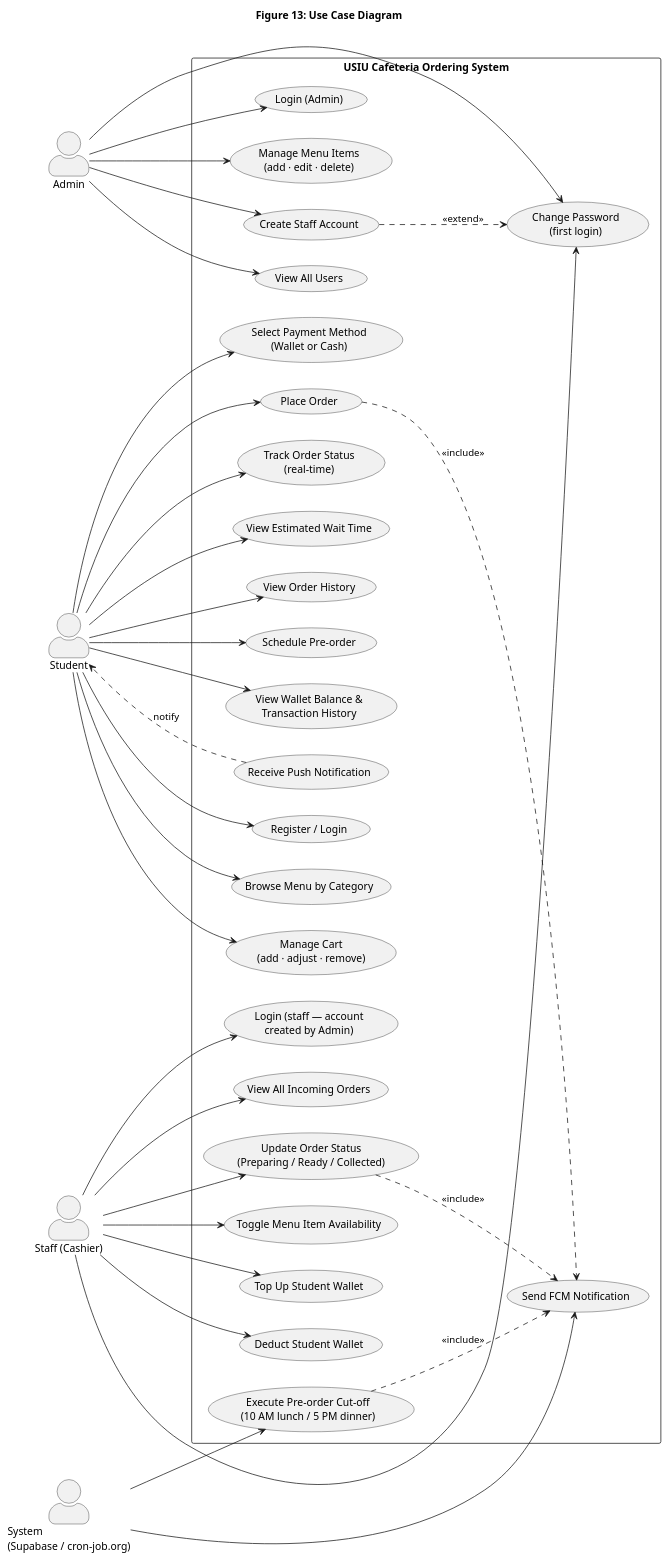
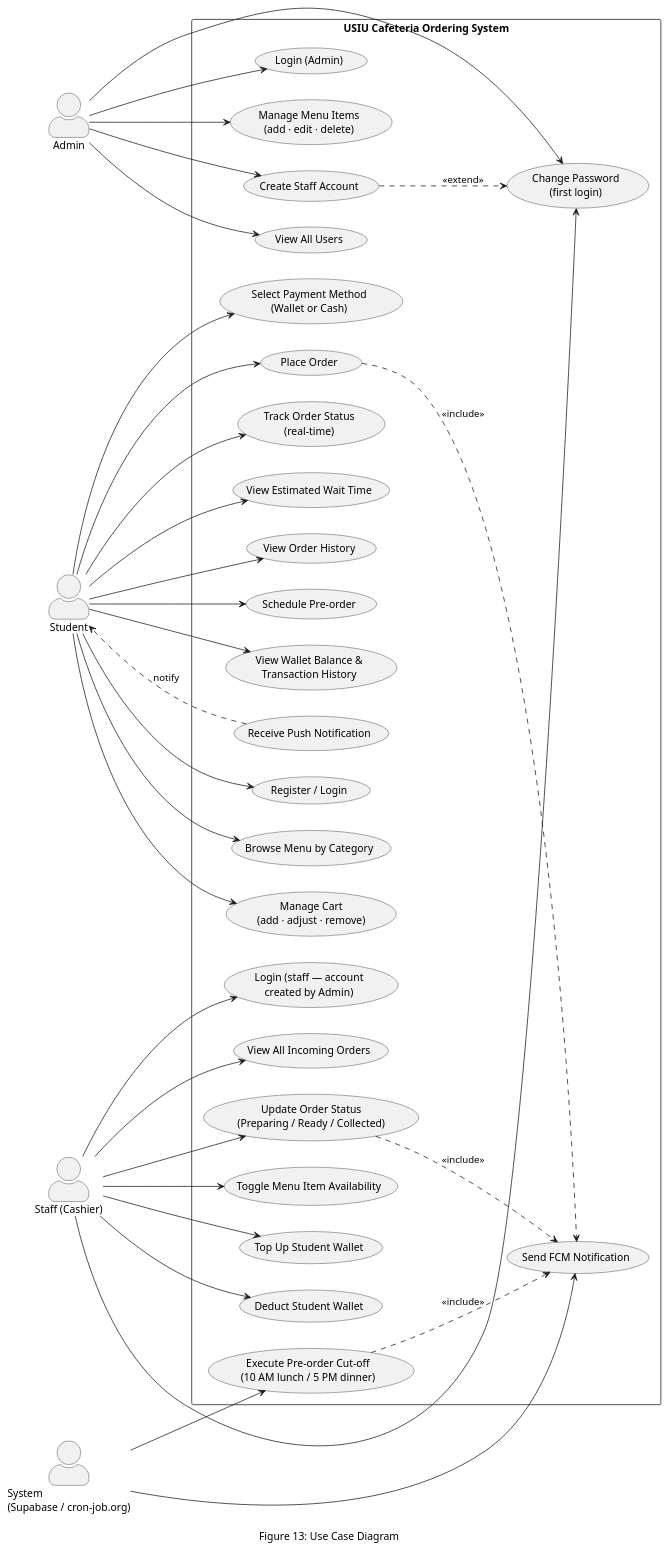
One commit to Musyonchez/beni-2 changed the second of 9 diagrams in pdf-source/figures/ch-5.md. Above: the diagram before and after it, drawn with PlantUML. The commit also changed other lines of this file and 30 other files, not shown here.

First line of the commit message:
chore: update figures, add generated PNGs, fix figure follow-up paragraphs

````diff
--- a/pdf-source/figures/ch-5.md
+++ b/pdf-source/figures/ch-5.md
@@ -57,79 +57,79 @@
 ```plantuml
 @startuml Figure13_UseCaseDiagram
 left to right direction
 skinparam actorStyle awesome
 skinparam backgroundColor white
 skinparam defaultFontName Arial
-title Figure 13: Use Case Diagram
+caption Figure 13: Use Case Diagram
 
 actor Student
 actor "Staff (Cashier)" as Staff
 actor Admin
 actor "System\n(Supabase / cron-job.org)" as System
 
 rectangle "USIU Cafeteria Ordering System" {
   usecase "Register / Login" as UC1
   usecase "Browse Menu by Category" as UC2
   usecase "Manage Cart\n(add · adjust · remove)" as UC3
   usecase "Select Payment Method\n(Wallet or Cash)" as UC4
   usecase "Place Order" as UC5
   usecase "Track Order Status\n(real-time)" as UC6
   usecase "View Estimated Wait Time" as UC7
   usecase "View Order History" as UC8
   usecase "Schedule Pre-order" as UC9
   usecase "View Wallet Balance &\nTransaction History" as UC10
   usecase "Receive Push Notification" as UC11
 
   usecase "Login (staff — account\ncreated by Admin)" as UC12
   usecase "Change Password\n(first login)" as UC13
   usecase "View All Incoming Orders" as UC14
   usecase "Update Order Status\n(Preparing / Ready / Collected)" as UC15
   usecase "Toggle Menu Item Availability" as UC16
   usecase "Top Up Student Wallet" as UC17
   usecase "Deduct Student Wallet" as UC18
 
   usecase "Login (Admin)" as UC19
   usecase "Manage Menu Items\n(add · edit · delete)" as UC20
   usecase "Create Staff Account" as UC21
   usecase "View All Users" as UC22
 
   usecase "Execute Pre-order Cut-off\n(10 AM lunch / 5 PM dinner)" as UC23
   usecase "Send FCM Notification" as UC24
 }
 
 Student --> UC1
 Student --> UC2
 Student --> UC3
 Student --> UC4
 Student --> UC5
 Student --> UC6
 Student --> UC7
 Student --> UC8
 Student --> UC9
 Student --> UC10
 UC11     .> Student : notify
 
 Staff   --> UC12
 Staff   --> UC13
 Staff   --> UC14
 Staff   --> UC15
 Staff   --> UC16
 Staff   --> UC17
 Staff   --> UC18
 
 Admin   --> UC19
 Admin   --> UC13
 Admin   --> UC20
 Admin   --> UC21
 Admin   --> UC22
 
 System  --> UC23
 System  --> UC24
 
 UC5     ..> UC24 : <<include>>
 UC15    ..> UC24 : <<include>>
 UC23    ..> UC24 : <<include>>
 UC21    ..> UC13 : <<extend>>
 
 @enduml
 ```
````
